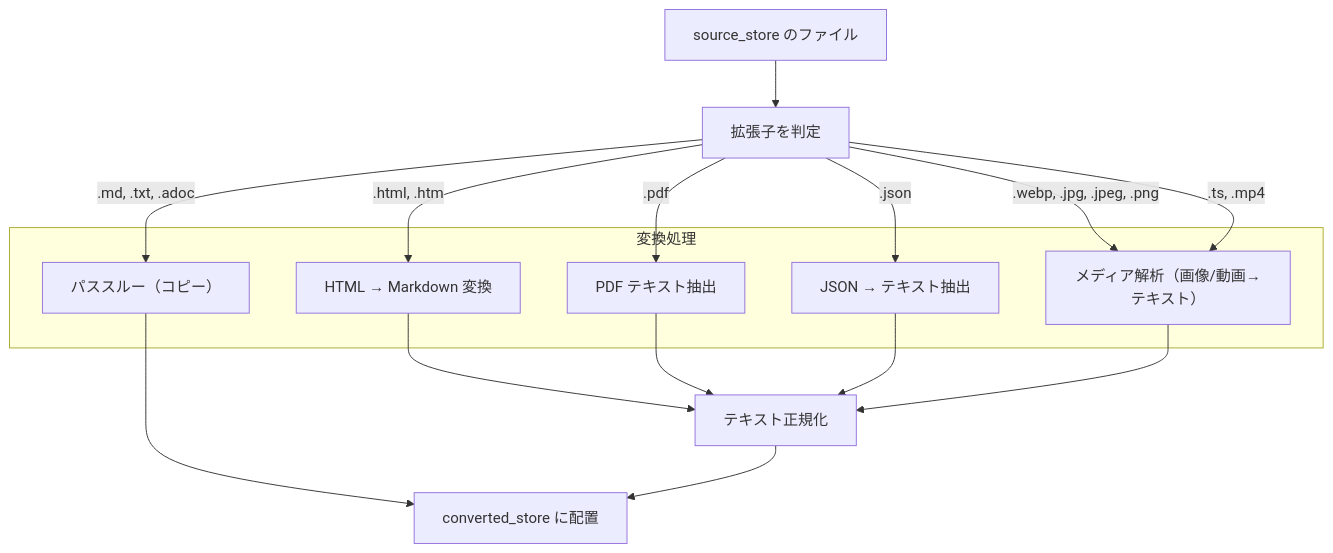
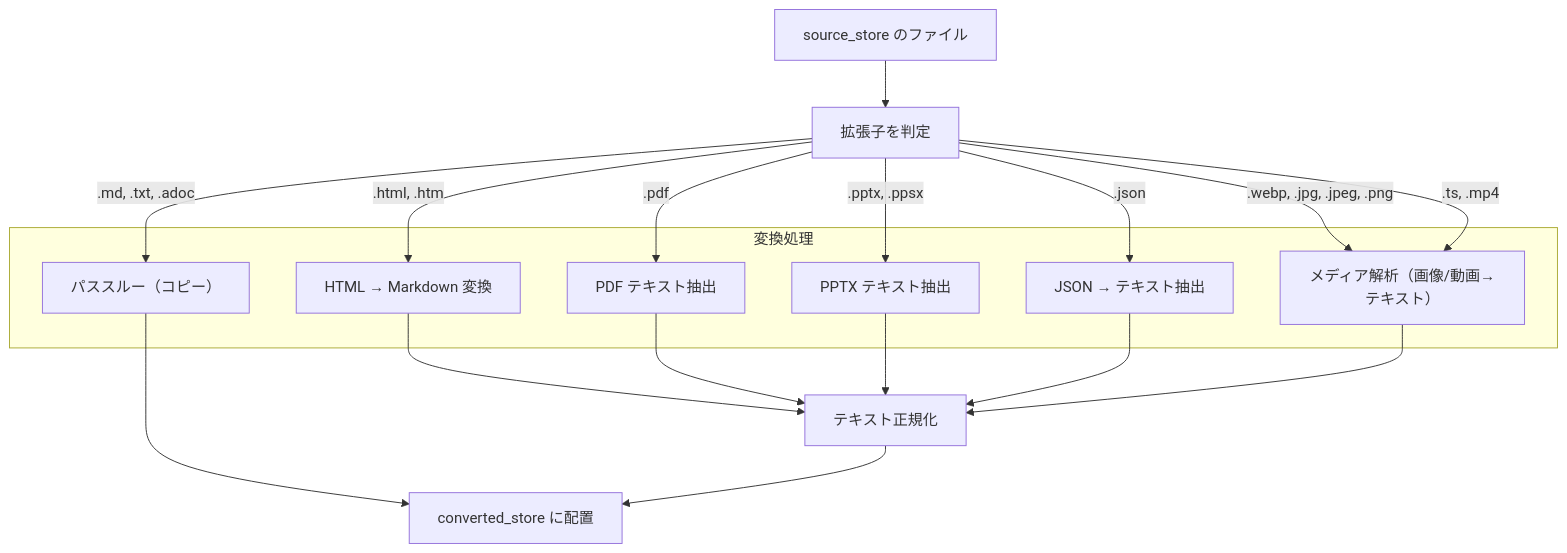
One commit to becky3/rag-knowledge changed the diagram in docs/specs/converter.md. Above: the diagram before and after it, drawn with Mermaid. The commit also changed other lines of this file and 13 other files, not shown here.

Commit message:
feat(converter,local,pptx-media-reduction): PowerPoint (.pptx/.ppsx) テキスト抽出と事前メディア削減ツールを追加 (#799)

````diff
--- a/docs/specs/converter.md
+++ b/docs/specs/converter.md
@@ -145,30 +147,33 @@
 ```mermaid
 flowchart TD
     INPUT["source_store のファイル"]
     EXT["拡張子を判定"]
 
     subgraph CONVERT["変換処理"]
         HTML["HTML → Markdown 変換"]
         PDF["PDF テキスト抽出"]
+        PPTX["PPTX テキスト抽出"]
         JSON["JSON → テキスト抽出"]
         MEDIA["メディア解析（画像/動画→テキスト）"]
         PASS["パススルー（コピー）"]
     end
 
     NORM["テキスト正規化"]
     OUTPUT["converted_store に配置"]
 
     INPUT --> EXT
     EXT -->|.html, .htm| HTML
     EXT -->|.pdf| PDF
+    EXT -->|.pptx, .ppsx| PPTX
     EXT -->|.json| JSON
     EXT -->|.webp, .jpg, .jpeg, .png| MEDIA
     EXT -->|.ts, .mp4| MEDIA
     EXT -->|.md, .txt, .adoc| PASS
     HTML --> NORM
     PDF --> NORM
+    PPTX --> NORM
     JSON --> NORM
     MEDIA --> NORM
     PASS --> OUTPUT
     NORM --> OUTPUT
 ```
````
